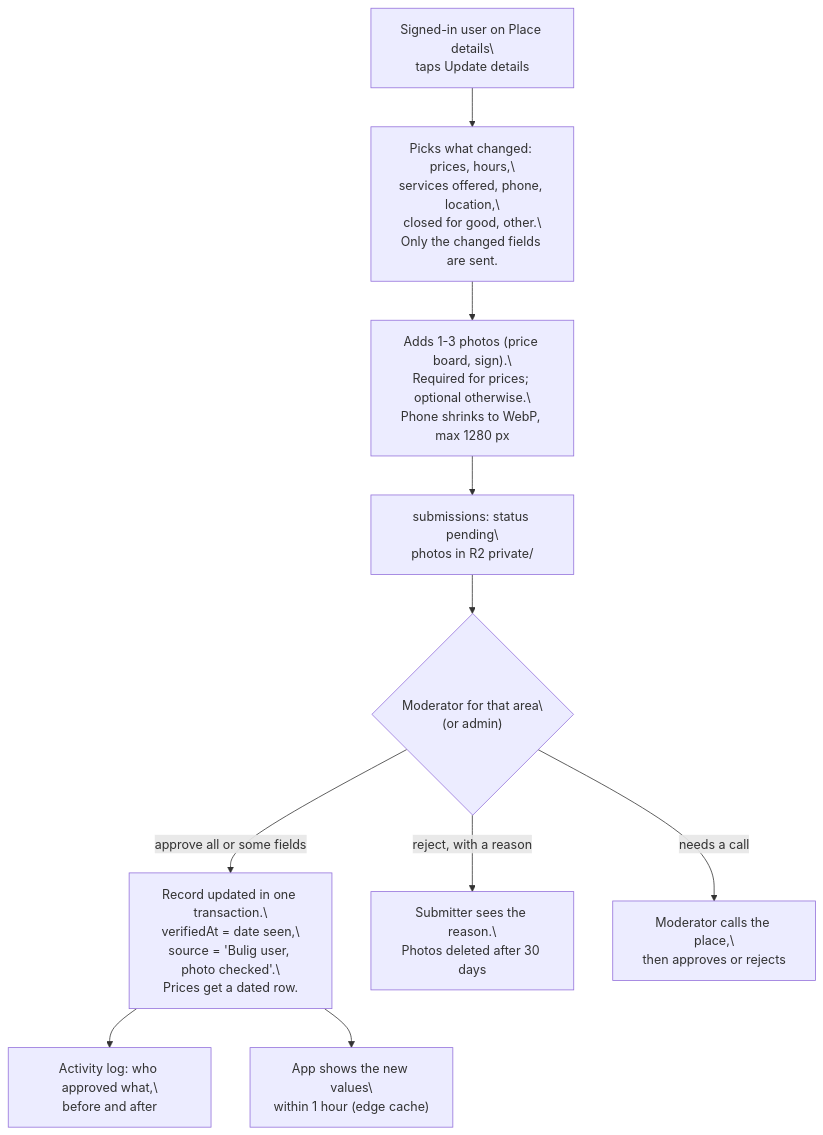
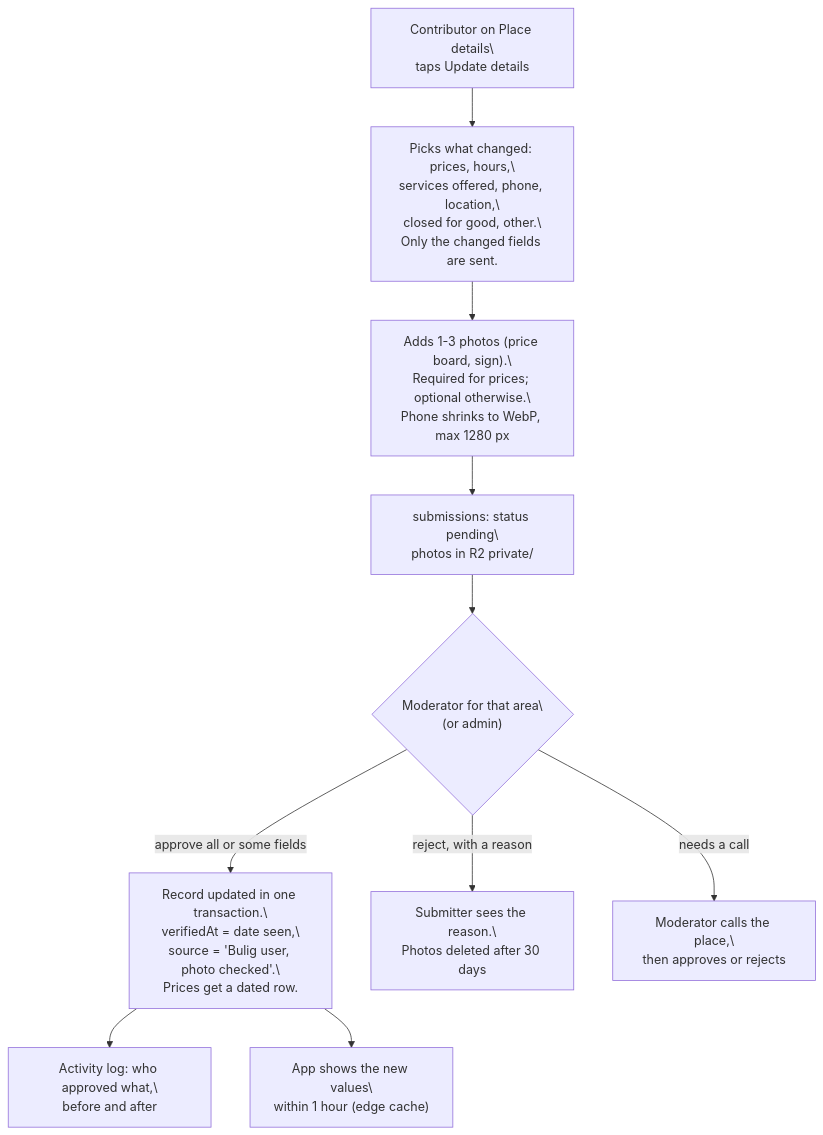
The second of 2 diagrams in docs/ARCHITECTURE.md (gitpushfrances/bulig), drawn with Mermaid before and after one commit. The commit also changed other lines of this file and 6 other files, not shown here.

````diff
--- a/docs/ARCHITECTURE.md
+++ b/docs/ARCHITECTURE.md
@@ -179,12 +179,12 @@
 ```mermaid
 flowchart TD
-  U["Signed-in user on Place details\\ntaps Update details"] --> F["Picks what changed: prices, hours,\\nservices offered, phone, location,\\nclosed for good, other.\\nOnly the changed fields are sent."]
+  U["Contributor on Place details\\ntaps Update details"] --> F["Picks what changed: prices, hours,\\nservices offered, phone, location,\\nclosed for good, other.\\nOnly the changed fields are sent."]
   F --> PH["Adds 1-3 photos (price board, sign).\\nRequired for prices; optional otherwise.\\nPhone shrinks to WebP, max 1280 px"]
   PH --> Q["submissions: status pending\\nphotos in R2 private/"]
   Q --> M{"Moderator for that area\\n(or admin)"}
   M -- "approve all or some fields" --> A["Record updated in one transaction.\\nverifiedAt = date seen,\\nsource = 'Bulig user, photo checked'.\\nPrices get a dated row."]
   M -- "reject, with a reason" --> R["Submitter sees the reason.\\nPhotos deleted after 30 days"]
   M -- "needs a call" --> C["Moderator calls the place,\\nthen approves or rejects"]
   A --> L["Activity log: who approved what,\\nbefore and after"]
   A --> APP["App shows the new values\\nwithin 1 hour (edge cache)"]
 ```
````
